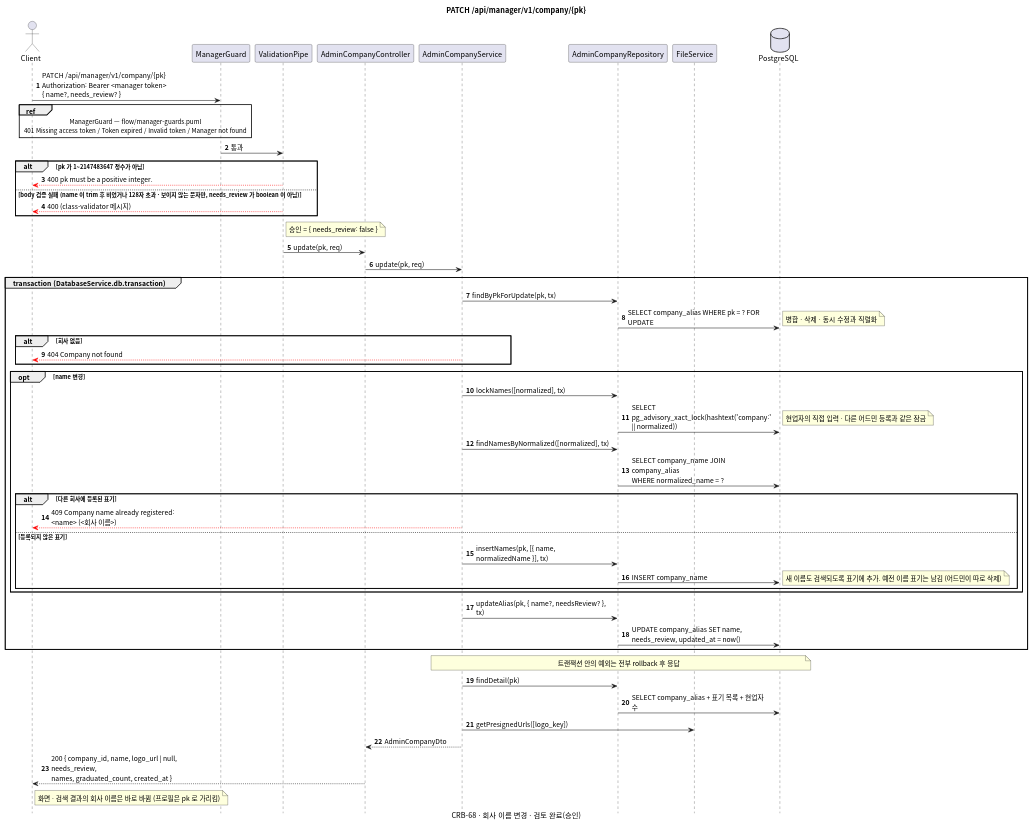
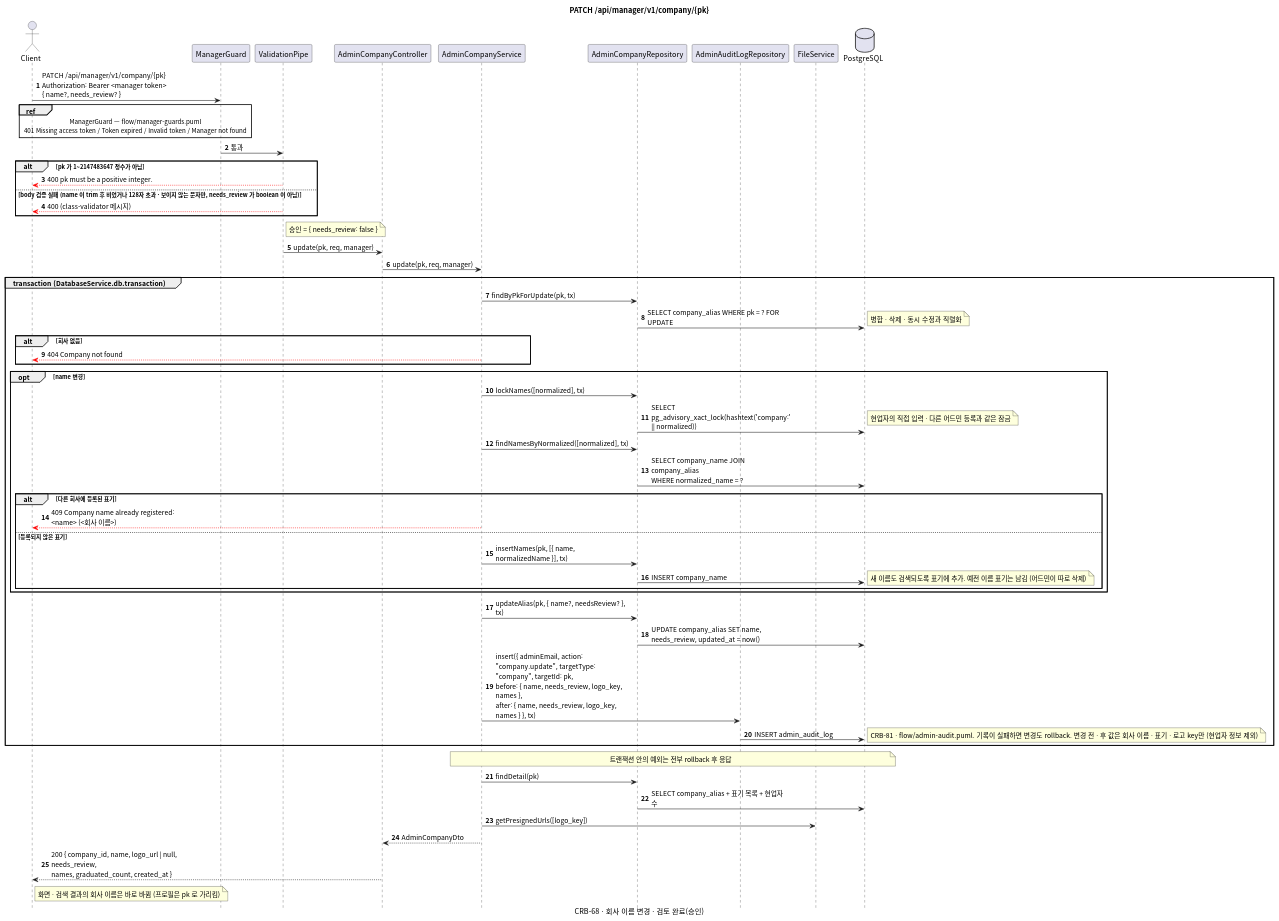
One commit to gsainfoteam/cheers-be changed the diagram in docs/sequence/manager/patch-company-pk.puml. Above: the diagram before and after it, drawn with PlantUML. The commit also changed 88 other files, not shown here.

Commit message:
- feat: 어드민 변경 감사 로그(admin_audit_log, 변경 전·후 값)와 접근 로그 · 감사 로그 조회 API

```diff
--- a/docs/sequence/manager/patch-company-pk.puml
+++ b/docs/sequence/manager/patch-company-pk.puml
@@ -1,70 +1,74 @@
 @startuml patch-manager-company-pk
 skinparam defaultFontName "Apple SD Gothic Neo", "Noto Sans CJK KR", sans-serif
 skinparam responseMessageBelowArrow true
 skinparam sequenceMessageAlign left
 skinparam maxMessageSize 260
 skinparam BoxPadding 8
 skinparam shadowing false
 autonumber
 hide footbox
 
 title PATCH /api/manager/v1/company/{pk}
 caption CRB-68 · 회사 이름 변경 · 검토 완료(승인)
 
 actor Client
 participant "ManagerGuard" as Guard
 participant "ValidationPipe" as Pipe
 participant "AdminCompanyController" as Controller
 participant "AdminCompanyService" as Service
 participant "AdminCompanyRepository" as AdminCompanyRepository
+participant "AdminAuditLogRepository" as AdminAuditLogRepository
 participant "FileService" as FileService
 database PostgreSQL
 
 Client -> Guard: PATCH /api/manager/v1/company/{pk}\nAuthorization: Bearer <manager token>\n{ name?, needs_review? }
 ref over Client, Guard: ManagerGuard — flow/manager-guards.puml\n401 Missing access token / Token expired / Invalid token / Manager not found
 Guard -> Pipe: 통과
 alt pk 가 1~2147483647 정수가 아님
   Pipe -[#red]-> Client: 400 pk must be a positive integer.
 else body 검증 실패 (name 이 trim 후 비었거나 128자 초과 · 보이지 않는 문자만, needs_review 가 boolean 이 아님)
   Pipe -[#red]-> Client: 400 (class-validator 메시지)
 end
 note right of Pipe: 승인 = { needs_review: false }
-Pipe -> Controller: update(pk, req)
-Controller -> Service: update(pk, req)
+Pipe -> Controller: update(pk, req, manager)
+Controller -> Service: update(pk, req, manager)
 
 group transaction (DatabaseService.db.transaction)
   Service -> AdminCompanyRepository: findByPkForUpdate(pk, tx)
   AdminCompanyRepository -> PostgreSQL: SELECT company_alias WHERE pk = ? FOR UPDATE
   note right: 병합 · 삭제 · 동시 수정과 직렬화
   alt 회사 없음
     Service -[#red]-> Client: 404 Company not found
   end
 
   opt name 변경
     Service -> AdminCompanyRepository: lockNames([normalized], tx)
     AdminCompanyRepository -> PostgreSQL: SELECT pg_advisory_xact_lock(hashtext('company:' || normalized))
     note right: 현업자의 직접 입력 · 다른 어드민 등록과 같은 잠금
     Service -> AdminCompanyRepository: findNamesByNormalized([normalized], tx)
     AdminCompanyRepository -> PostgreSQL: SELECT company_name JOIN company_alias\nWHERE normalized_name = ?
     alt 다른 회사에 등록된 표기
       Service -[#red]-> Client: 409 Company name already registered: <name> (<회사 이름>)
     else 등록되지 않은 표기
       Service -> AdminCompanyRepository: insertNames(pk, [{ name, normalizedName }], tx)
       AdminCompanyRepository -> PostgreSQL: INSERT company_name
       note right: 새 이름도 검색되도록 표기에 추가. 예전 이름 표기는 남김 (어드민이 따로 삭제)
     end
   end
 
   Service -> AdminCompanyRepository: updateAlias(pk, { name?, needsReview? }, tx)
   AdminCompanyRepository -> PostgreSQL: UPDATE company_alias SET name, needs_review, updated_at = now()
+  Service -> AdminAuditLogRepository: insert({ adminEmail, action: "company.update", targetType: "company", targetId: pk,\nbefore: { name, needs_review, logo_key, names },\nafter: { name, needs_review, logo_key, names } }, tx)
+  AdminAuditLogRepository -> PostgreSQL: INSERT admin_audit_log
+  note right: CRB-81 · flow/admin-audit.puml. 기록이 실패하면 변경도 rollback. 변경 전 · 후 값은 회사 이름 · 표기 · 로고 key만 (현업자 정보 제외)
 end
 note over Service, PostgreSQL: 트랜잭션 안의 예외는 전부 rollback 후 응답
 
 Service -> AdminCompanyRepository: findDetail(pk)
 AdminCompanyRepository -> PostgreSQL: SELECT company_alias + 표기 목록 + 현업자 수
 Service -> FileService: getPresignedUrls([logo_key])
 Service --> Controller: AdminCompanyDto
 Controller --> Client: 200 { company_id, name, logo_url | null, needs_review,\nnames, graduated_count, created_at }
 note right of Client: 화면 · 검색 결과의 회사 이름은 바로 바뀜 (프로필은 pk 로 가리킴)
 
 @enduml
```
